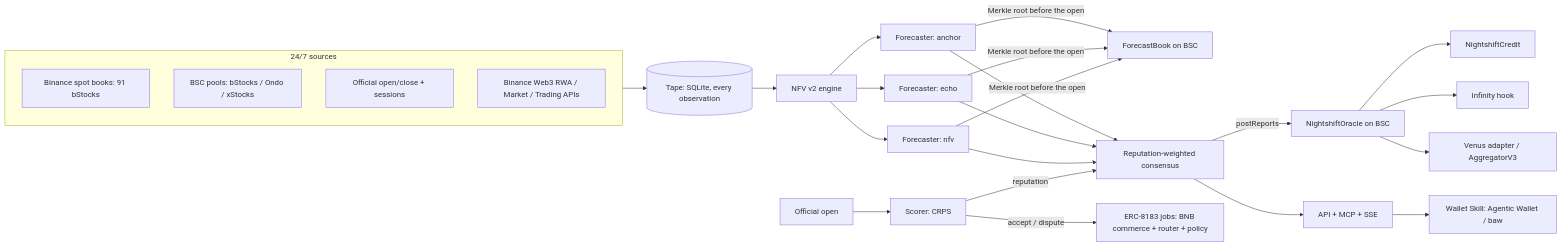
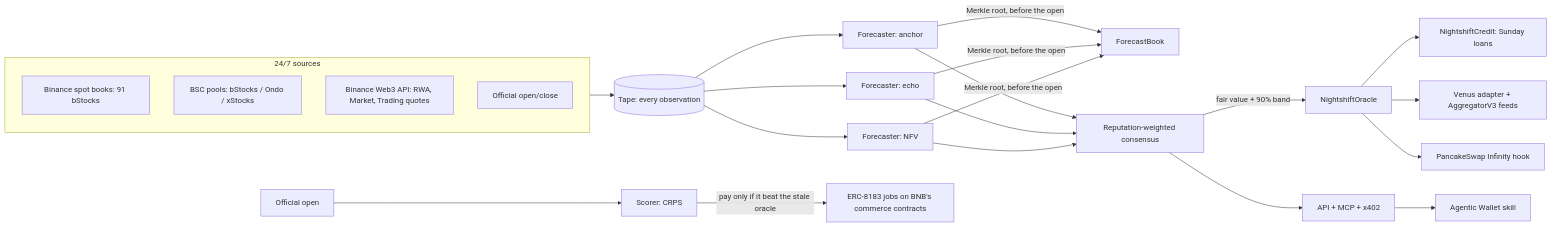
The diagram in README.md (iamdflame/nightshift), drawn with Mermaid before and after one commit. The commit also changed other lines of this file and 4 other files, not shown here.

Commit message:
README rebuilt around the live proof (pay-for-accuracy + oracle read by contracts), Oct 9 live score, what's real, sourced problem statement; live-proof generator (docs/LIVE.md from chain records); Venus claim now quotes the listing proposal

````diff
--- a/README.md
+++ b/README.md
@@ -60,20 +43,18 @@
 ```mermaid
 flowchart LR
   subgraph Sources["24/7 sources"]
     BS[Binance spot books: 91 bStocks]
     DEX[BSC pools: bStocks / Ondo / xStocks]
-    REF[Official open/close + sessions]
-    RWA[Binance Web3 RWA / Market / Trading APIs]
+    W3[Binance Web3 API: RWA, Market, Trading quotes]
+    REF[Official open/close]
   end
-  Sources --> TAPE[(Tape: SQLite, every observation)]
-  TAPE --> NFV[NFV v2 engine]
-  NFV --> F1[Forecaster: anchor] & F2[Forecaster: echo] & F3[Forecaster: nfv]
-  F1 & F2 & F3 -->|Merkle root before the open| FB[ForecastBook on BSC]
+  Sources --> TAPE[(Tape: every observation)]
+  TAPE --> F1[Forecaster: anchor] & F2[Forecaster: echo] & F3[Forecaster: NFV]
+  F1 & F2 & F3 -->|Merkle root, before the open| FB[ForecastBook]
   F1 & F2 & F3 --> AGG[Reputation-weighted consensus]
-  AGG -->|postReports| OR[NightshiftOracle on BSC]
+  AGG -->|fair value + 90% band| OR[NightshiftOracle]
   OPEN[Official open] --> SC[Scorer: CRPS]
-  SC -->|reputation| AGG
-  SC -->|accept / dispute| J[ERC-8183 jobs: BNB commerce + router + policy]
-  OR --> CR[NightshiftCredit] & HK[Infinity hook] & VA[Venus adapter / AggregatorV3]
-  AGG --> API[API + MCP + SSE] --> SK[Wallet Skill: Agentic Wallet / baw]
+  SC -->|pay only if it beat the stale oracle| J[ERC-8183 jobs on BNB's commerce contracts]
+  OR --> CR[NightshiftCredit: Sunday loans] & VA[Venus adapter + AggregatorV3 feeds] & HK[PancakeSwap Infinity hook]
+  AGG --> API[API + MCP + x402] --> SK[Agentic Wallet skill]
 ```
````
